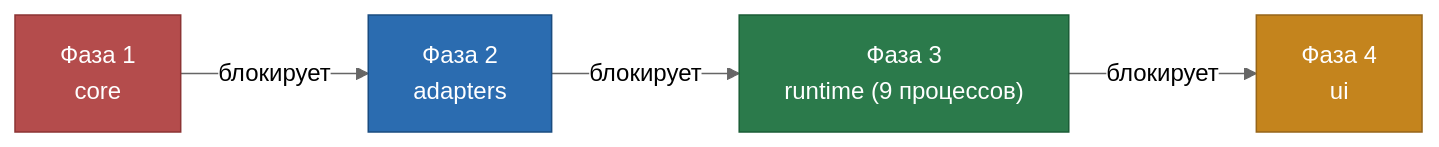
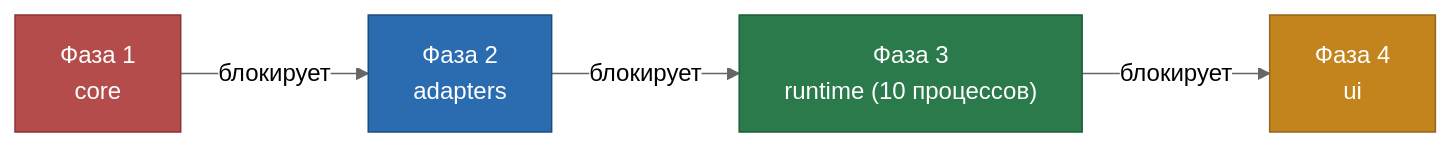
The third of 3 diagrams in PRODUCT.md (imfozilbek/codenautic), drawn with Mermaid (neutral theme) before and after one commit. The commit also changed other lines of this file and 16 other files, not shown here.

````diff
--- a/PRODUCT.md
+++ b/PRODUCT.md
@@ -203,16 +204,16 @@
 ```mermaid
 flowchart LR
     P1["Фаза 1\ncore"]
     P2["Фаза 2\nadapters"]
-    P3["Фаза 3\nruntime (9 процессов)"]
+    P3["Фаза 3\nruntime (10 процессов)"]
     P4["Фаза 4\nui"]
 
     P1 -->|"блокирует"| P2
     P2 -->|"блокирует"| P3
     P3 -->|"блокирует"| P4
 
     style P1 fill:#b44c4c,stroke:#8c3333,color:#fff
     style P2 fill:#2b6cb0,stroke:#1a4c80,color:#fff
     style P3 fill:#2b7a4b,stroke:#1a5c36,color:#fff
     style P4 fill:#c4841d,stroke:#96651a,color:#fff
 ```
````
